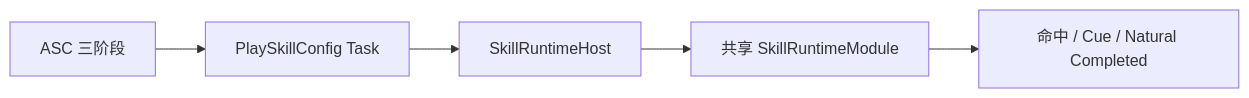
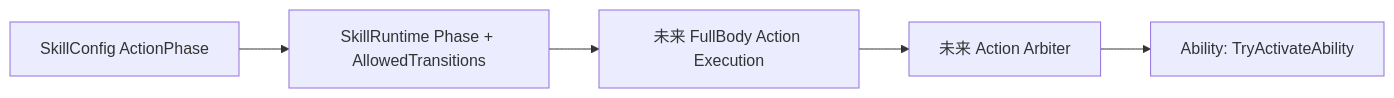
The fourth of 6 diagrams in Assets/Scripts/SkillSystem/Runtime/SkillRuntime.md (Whitesheeeep/3DRPG), drawn with Mermaid before and after one commit. The commit also changed other lines of this file and 98 other files, not shown here.

````diff
--- a/Assets/Scripts/SkillSystem/Runtime/SkillRuntime.md
+++ b/Assets/Scripts/SkillSystem/Runtime/SkillRuntime.md
@@ -131,7 +131,7 @@
 ```mermaid
 flowchart LR
-    ASC["ASC 三阶段"] --> Task["PlaySkillConfig Task"]
-    Task --> Host["SkillRuntimeHost"]
-    Host --> Module["共享 SkillRuntimeModule"]
-    Module --> Result["命中 / Cue / Natural Completed"]
+    Config["SkillConfig ActionPhase"] --> Runtime["SkillRuntime Phase + AllowedTransitions"]
+    Runtime --> Execution["未来 FullBody Action Execution"]
+    Execution --> Arbiter["未来 Action Arbiter"]
+    Arbiter --> GAS["Ability: TryActivateAbility"]
 ```
````
